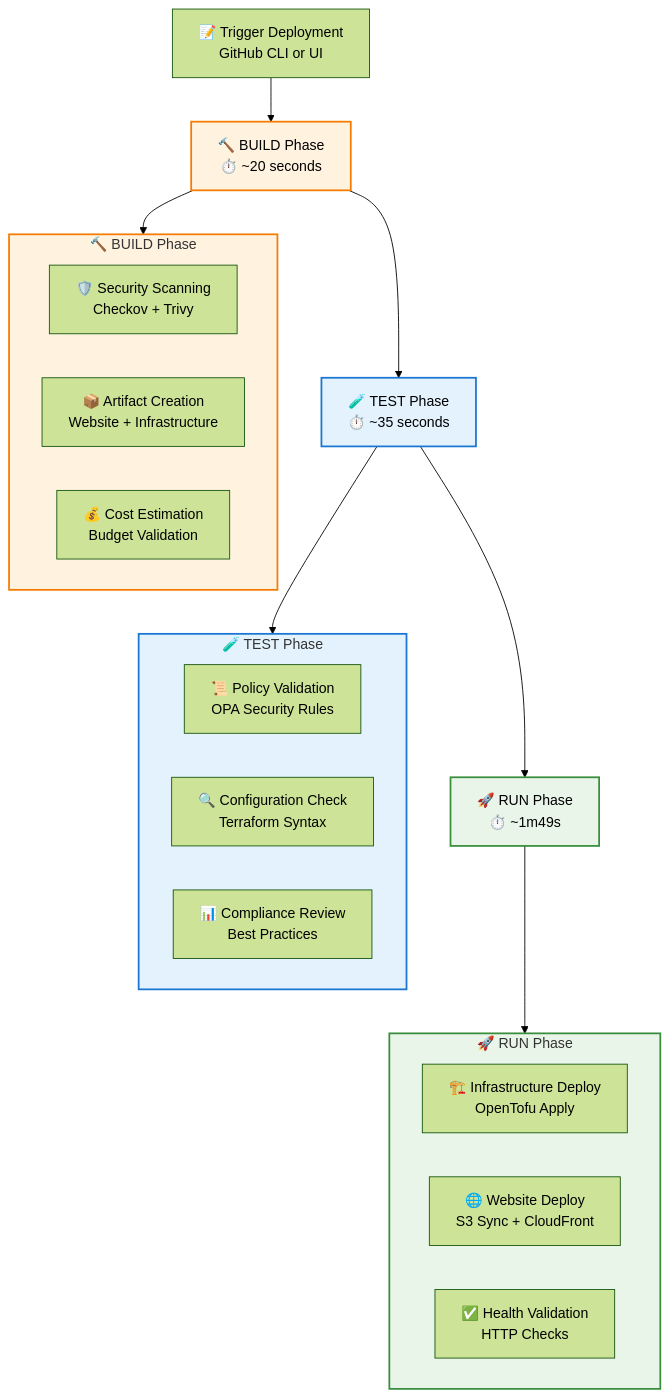
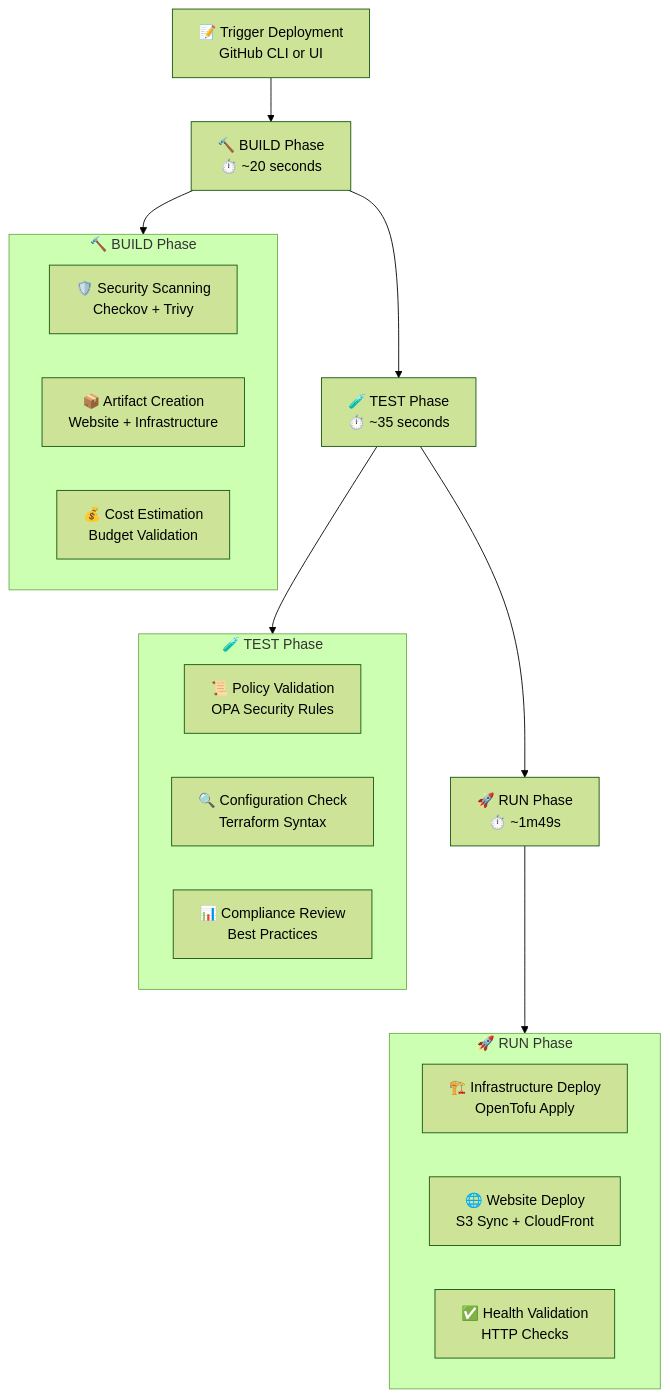
Before and after one commit to Celtikill/static-site: the second of 2 diagrams in docs/quickstart.md, drawn with Mermaid (forest theme). The commit also changed other lines of this file and 5 other files, not shown here.

````diff
--- a/docs/quickstart.md
+++ b/docs/quickstart.md
@@ -131,36 +125,30 @@
 ```mermaid
 graph TD
     A["📝 Trigger Deployment<br/>GitHub CLI or UI"] --> B["🔨 BUILD Phase<br/>⏱️ ~20 seconds"]
     B --> C["🧪 TEST Phase<br/>⏱️ ~35 seconds"]
     C --> D["🚀 RUN Phase<br/>⏱️ ~1m49s"]
 
     subgraph BuildDetails["🔨 BUILD Phase"]
         B1["🛡️ Security Scanning<br/>Checkov + Trivy"]
         B2["📦 Artifact Creation<br/>Website + Infrastructure"]
         B3["💰 Cost Estimation<br/>Budget Validation"]
     end
 
     subgraph TestDetails["🧪 TEST Phase"]
         C1["📜 Policy Validation<br/>OPA Security Rules"]
         C2["🔍 Configuration Check<br/>Terraform Syntax"]
         C3["📊 Compliance Review<br/>Best Practices"]
     end
 
     subgraph RunDetails["🚀 RUN Phase"]
         D1["🏗️ Infrastructure Deploy<br/>OpenTofu Apply"]
         D2["🌐 Website Deploy<br/>S3 Sync + CloudFront"]
         D3["✅ Health Validation<br/>HTTP Checks"]
     end
 
     B --> BuildDetails
     C --> TestDetails
     D --> RunDetails
 
-    classDef buildStyle fill:#fff3e0,stroke:#f57c00,stroke-width:2px
-    classDef testStyle fill:#e3f2fd,stroke:#1976d2,stroke-width:2px
-    classDef runStyle fill:#e8f5e8,stroke:#388e3c,stroke-width:2px
 
-    class B,BuildDetails buildStyle
-    class C,TestDetails testStyle
-    class D,RunDetails runStyle
 ```
````
